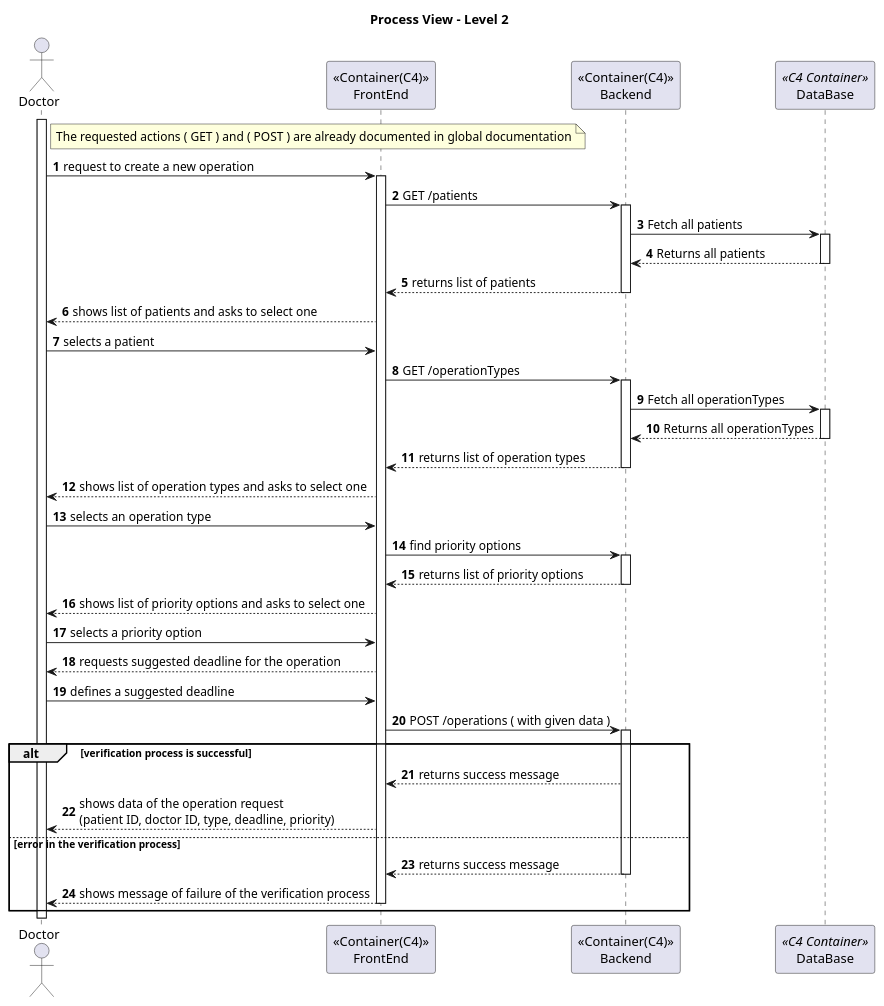
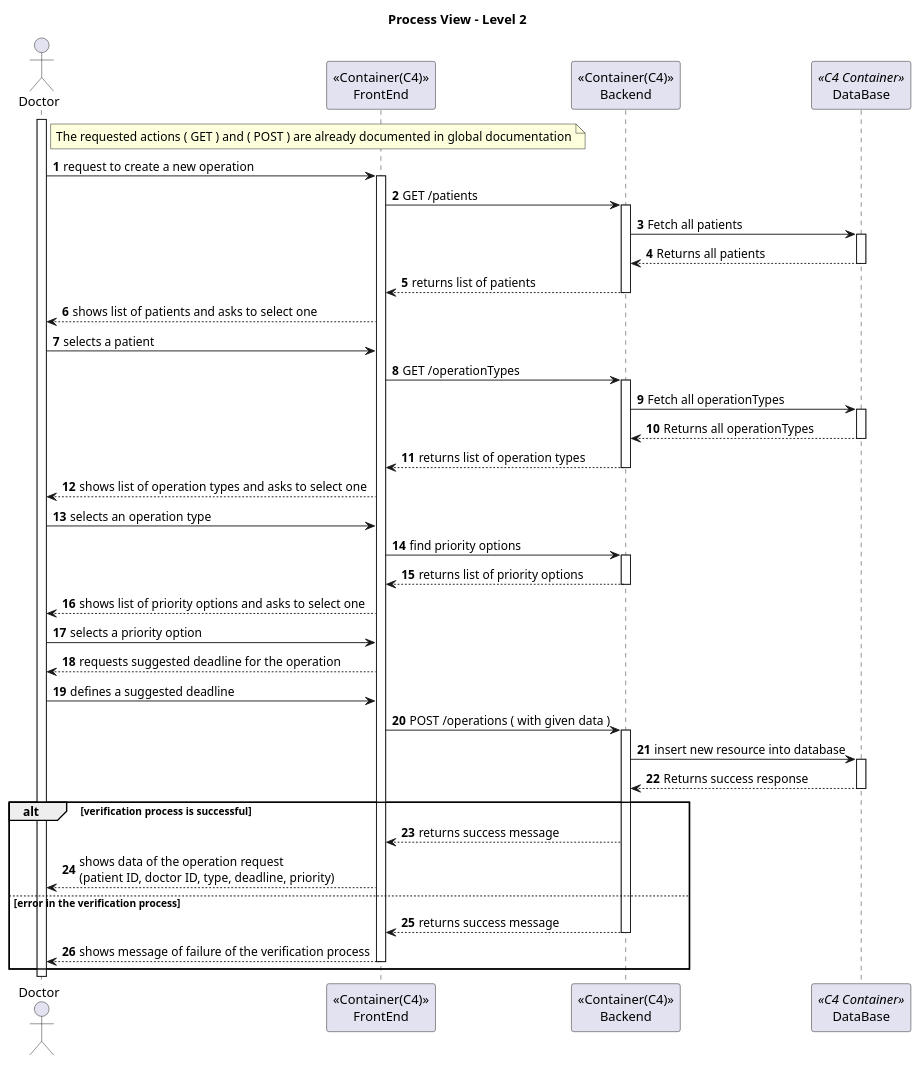
The diagram in Docs/SprintA/US16/level2/process_view.puml (Saquinho74/LAPR5), drawn with PlantUML before and after one commit. The commit also changed 2 other files, not shown here.

```diff
--- a/Docs/SprintA/US16/level2/process_view.puml
+++ b/Docs/SprintA/US16/level2/process_view.puml
@@ -1,127 +1,135 @@
 @startuml
 'https://plantuml.com/sequence-diagram
 
 autonumber
 actor Doctor as doc
 participant "<<Container(C4)>>\nFrontEnd" as sys
 participant "<<Container(C4)>>\nBackend" as BE
 participant "DataBase" as DB <<C4 Container>>
 activate doc
 
 title Process View - Level 2
 
 note right of doc
   The requested actions ( GET ) and ( POST ) are already documented in global documentation
 end note
 
 
 doc -> sys: request to create a new operation
 
 activate sys
 
 
 sys -> BE : GET /patients
 
 activate BE
 
 BE -> DB: Fetch all patients
 activate DB
 DB --> BE: Returns all patients
 deactivate DB
 
 
 
 BE --> sys : returns list of patients
 
 deactivate BE
 
 
 
 
 sys --> doc: shows list of patients and asks to select one
 
 
 doc -> sys: selects a patient
 
 
 sys -> BE : GET /operationTypes
 
 activate BE
 
 BE -> DB: Fetch all operationTypes
 activate DB
 DB --> BE: Returns all operationTypes
 deactivate DB
 
 
 BE--> sys : returns list of operation types
 
 deactivate BE
 
 sys --> doc: shows list of operation types and asks to select one
 
 
 
 
 deactivate BE
 
 doc -> sys: selects an operation type
 
 
 
 sys -> BE: find priority options
 
 activate BE
 
 BE --> sys : returns list of priority options
 
 deactivate BE
 
 sys --> doc : shows list of priority options and asks to select one
 
 
 
 
 
 doc -> sys: selects a priority option
 
 
 
 sys --> doc: requests suggested deadline for the operation
 
 
 
 doc -> sys: defines a suggested deadline
 
 
 
 
 
 
 
 sys -> BE: POST /operations ( with given data )
 
 activate BE
 
+
+BE -> DB : insert new resource into database
+activate DB
+DB --> BE: Returns success response
+
+deactivate DB
+
+
 alt verification process is successful
 
 
 BE --> sys : returns success message
 
 
   sys --> doc: shows data of the operation request \n(patient ID, doctor ID, type, deadline, priority)
 
 
 else error in the verification process
 
 BE --> sys : returns success message
 
 deactivate BE
 
   sys --> doc: shows message of failure of the verification process
 
   deactivate sys
 
 end
 
 @enduml
```
